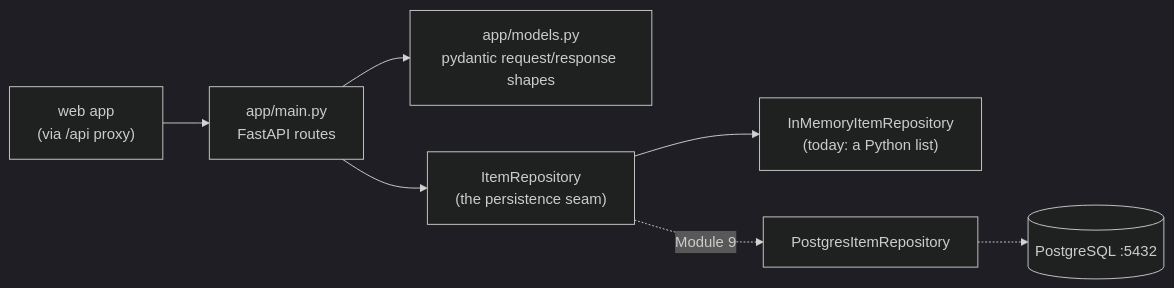
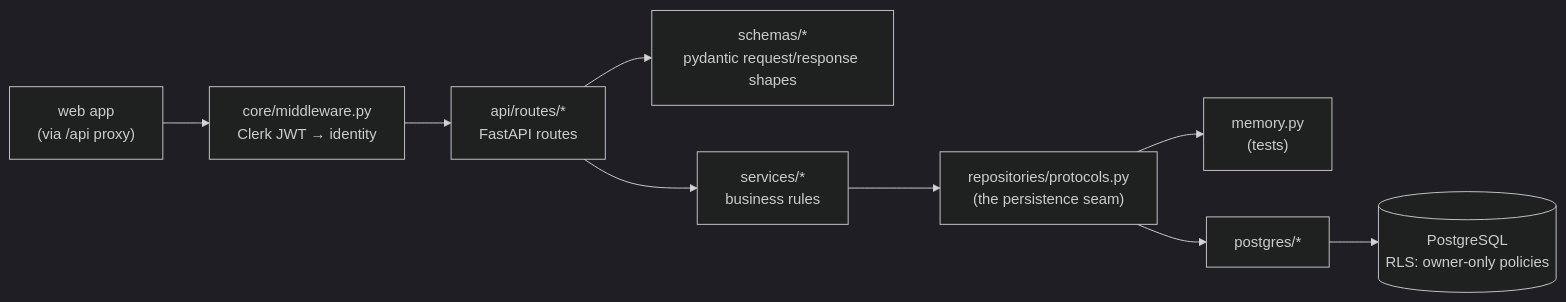
One commit to kpark93/note2action changed the diagram in docs/architecture/api.md. Above: the diagram before and after it, drawn with Mermaid (dark theme). The commit also changed other lines of this file and 25 other files, not shown here.

````diff
--- a/docs/architecture/api.md
+++ b/docs/architecture/api.md
@@ -7,9 +7,11 @@
 ```mermaid
 flowchart LR
-    Client["web app<br/>(via /api proxy)"] --> Router["app/main.py<br/>FastAPI routes"]
-    Router --> Models["app/models.py<br/>pydantic request/response shapes"]
-    Router --> Seam["ItemRepository<br/>(the persistence seam)"]
-    Seam --> Mem["InMemoryItemRepository<br/>(today: a Python list)"]
-    Seam -.->|"Module 9"| PG["PostgresItemRepository"]
-    PG -.-> DB[("PostgreSQL :5432")]
+    Client["web app<br/>(via /api proxy)"] --> MW["core/middleware.py<br/>Clerk JWT → identity"]
+    MW --> Router["api/routes/*<br/>FastAPI routes"]
+    Router --> Schemas["schemas/*<br/>pydantic request/response shapes"]
+    Router --> Svc["services/*<br/>business rules"]
+    Svc --> Seam["repositories/protocols.py<br/>(the persistence seam)"]
+    Seam --> Mem["memory.py<br/>(tests)"]
+    Seam --> PG["postgres/*"]
+    PG --> DB[("PostgreSQL<br/>RLS: owner-only policies")]
 ```
````
